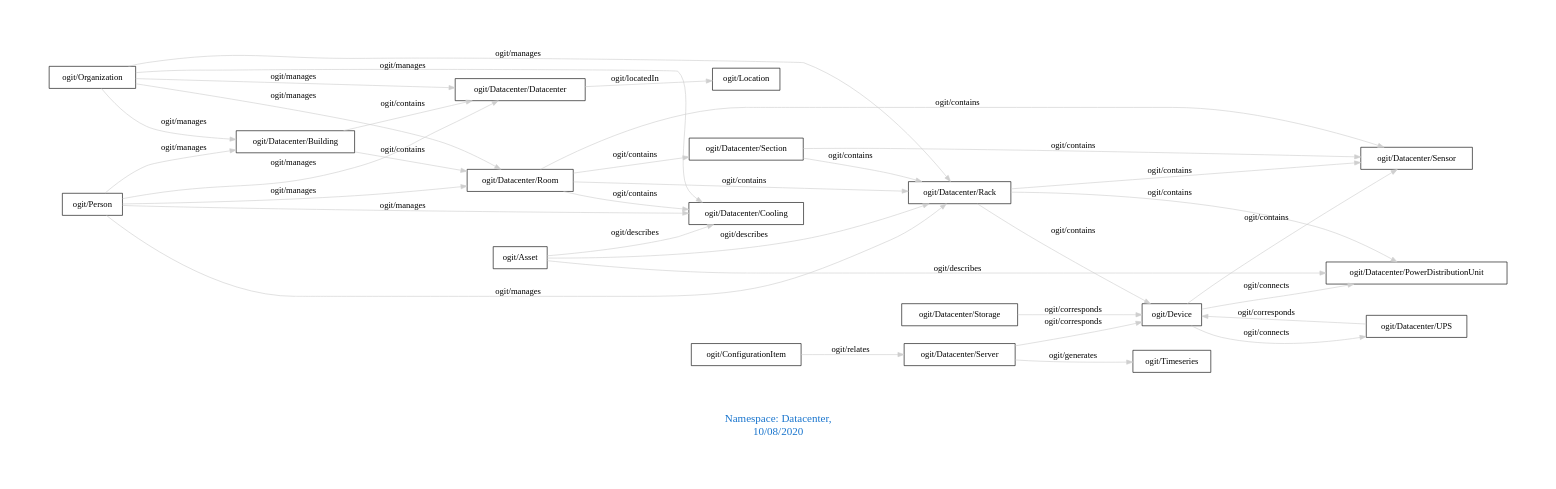
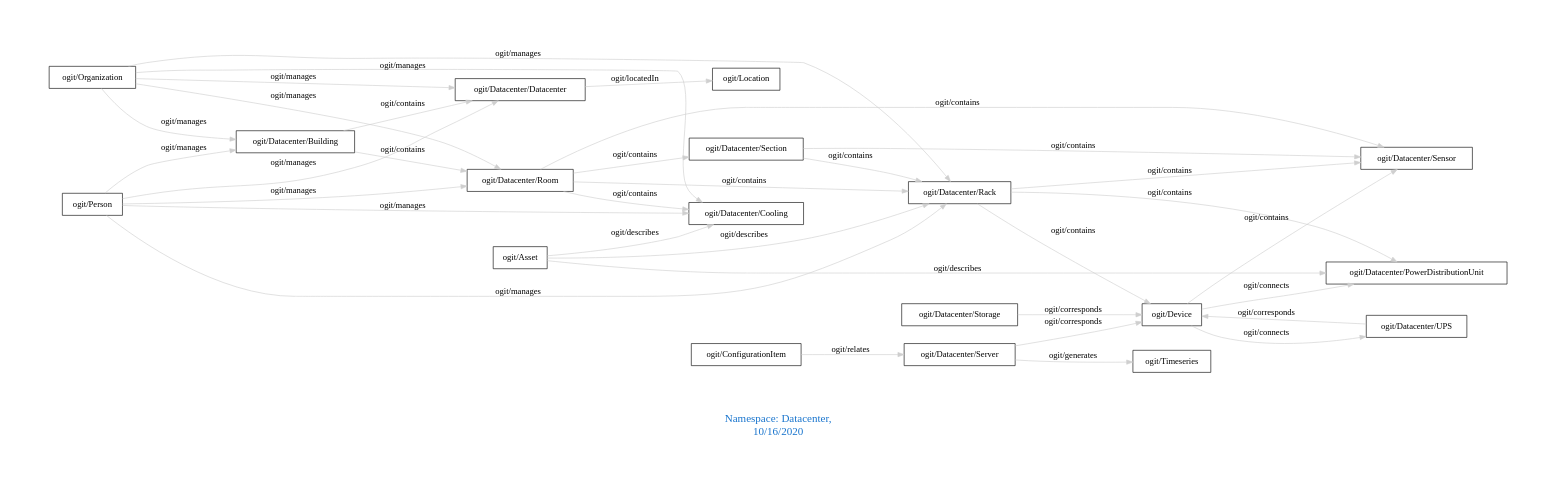
One commit to arago/OGIT changed the diagram in downloads/Datacenter.dot. Above: the diagram before and after it, drawn with Graphviz. The commit also changed 1828 other files, not shown here.

```diff
--- a/downloads/Datacenter.dot
+++ b/downloads/Datacenter.dot
@@ -1,41 +1,41 @@
 digraph OGIT_ontology {
  graph [ rankdir= LR,pad=1 
 fontsize = 18,
-fontcolor= dodgerblue3,label = "\n\n\nNamespace: Datacenter, \n 10/08/2020"];
+fontcolor= dodgerblue3,label = "\n\n\nNamespace: Datacenter, \n 10/16/2020"];
 node[shape=polygon];
 edge [  color="gray81"];
 
    "ogit/Datacenter/Building" -> "ogit/Datacenter/Datacenter" [label="   ogit/contains    "];
    "ogit/Datacenter/Building" -> "ogit/Datacenter/Room" [label="   ogit/contains    "];
    "ogit/Datacenter/Rack" -> "ogit/Datacenter/Sensor" [label="   ogit/contains    "];
    "ogit/Datacenter/Rack" -> "ogit/Datacenter/PowerDistributionUnit" [label="   ogit/contains    "];
    "ogit/Datacenter/Rack" -> "ogit/Device" [label="   ogit/contains    "];
    "ogit/Datacenter/Room" -> "ogit/Datacenter/Rack" [label="   ogit/contains    "];
    "ogit/Datacenter/Room" -> "ogit/Datacenter/Cooling" [label="   ogit/contains    "];
    "ogit/Datacenter/Room" -> "ogit/Datacenter/Sensor" [label="   ogit/contains    "];
    "ogit/Datacenter/Room" -> "ogit/Datacenter/Section" [label="   ogit/contains    "];
    "ogit/Datacenter/Section" -> "ogit/Datacenter/Sensor" [label="   ogit/contains    "];
    "ogit/Datacenter/Section" -> "ogit/Datacenter/Rack" [label="   ogit/contains    "];
    "ogit/Device" -> "ogit/Datacenter/Sensor" [label="   ogit/contains    "];
    "ogit/Organization" -> "ogit/Datacenter/Room" [label="   ogit/manages    "];
    "ogit/Organization" -> "ogit/Datacenter/Rack" [label="   ogit/manages    "];
    "ogit/Organization" -> "ogit/Datacenter/Datacenter" [label="   ogit/manages    "];
    "ogit/Organization" -> "ogit/Datacenter/Cooling" [label="   ogit/manages    "];
    "ogit/Organization" -> "ogit/Datacenter/Building" [label="   ogit/manages    "];
    "ogit/Person" -> "ogit/Datacenter/Room" [label="   ogit/manages    "];
    "ogit/Person" -> "ogit/Datacenter/Rack" [label="   ogit/manages    "];
    "ogit/Person" -> "ogit/Datacenter/Datacenter" [label="   ogit/manages    "];
    "ogit/Person" -> "ogit/Datacenter/Cooling" [label="   ogit/manages    "];
    "ogit/Person" -> "ogit/Datacenter/Building" [label="   ogit/manages    "];
    "ogit/Datacenter/Server" -> "ogit/Timeseries" [label="   ogit/generates    "];
    "ogit/Asset" -> "ogit/Datacenter/Rack" [label="   ogit/describes    "];
    "ogit/Asset" -> "ogit/Datacenter/PowerDistributionUnit" [label="   ogit/describes    "];
    "ogit/Asset" -> "ogit/Datacenter/Cooling" [label="   ogit/describes    "];
    "ogit/Device" -> "ogit/Datacenter/PowerDistributionUnit" [label="   ogit/connects    "];
    "ogit/Device" -> "ogit/Datacenter/UPS" [label="   ogit/connects    "];
    "ogit/Datacenter/Datacenter" -> "ogit/Location" [label="   ogit/locatedIn    "];
    "ogit/Datacenter/Server" -> "ogit/Device" [label="   ogit/corresponds    "];
    "ogit/Datacenter/Storage" -> "ogit/Device" [label="   ogit/corresponds    "];
    "ogit/Datacenter/UPS" -> "ogit/Device" [label="   ogit/corresponds    "];
    "ogit/ConfigurationItem" -> "ogit/Datacenter/Server" [label="   ogit/relates    "];
 }
```
